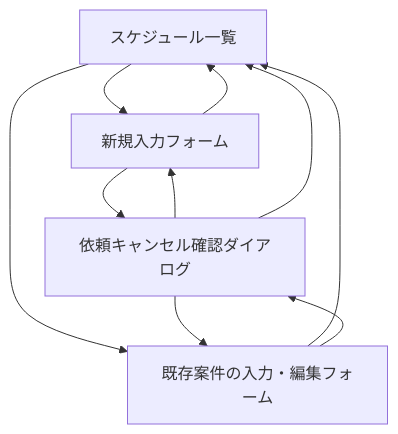
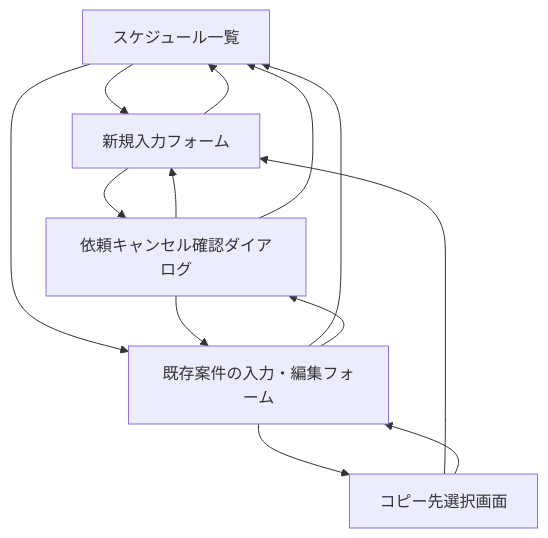
One commit to yuya-dev-dev/schedule-system changed the diagram in docs/screen-list.md. Above: the diagram before and after it, drawn with Mermaid. The commit also changed other lines of this file and 5 other files, not shown here.

````diff
--- a/docs/screen-list.md
+++ b/docs/screen-list.md
@@ -134,12 +151,15 @@
 ```mermaid
 flowchart TD
     A["スケジュール一覧"] --> B["新規入力フォーム"]
     A --> C["既存案件の入力・編集フォーム"]
     B --> A
     C --> A
+    C --> E["コピー先選択画面"]
+    E --> B
+    E --> C
     B --> D["依頼キャンセル確認ダイアログ"]
     C --> D
     D --> B
     D --> C
     D --> A
 ```
````
